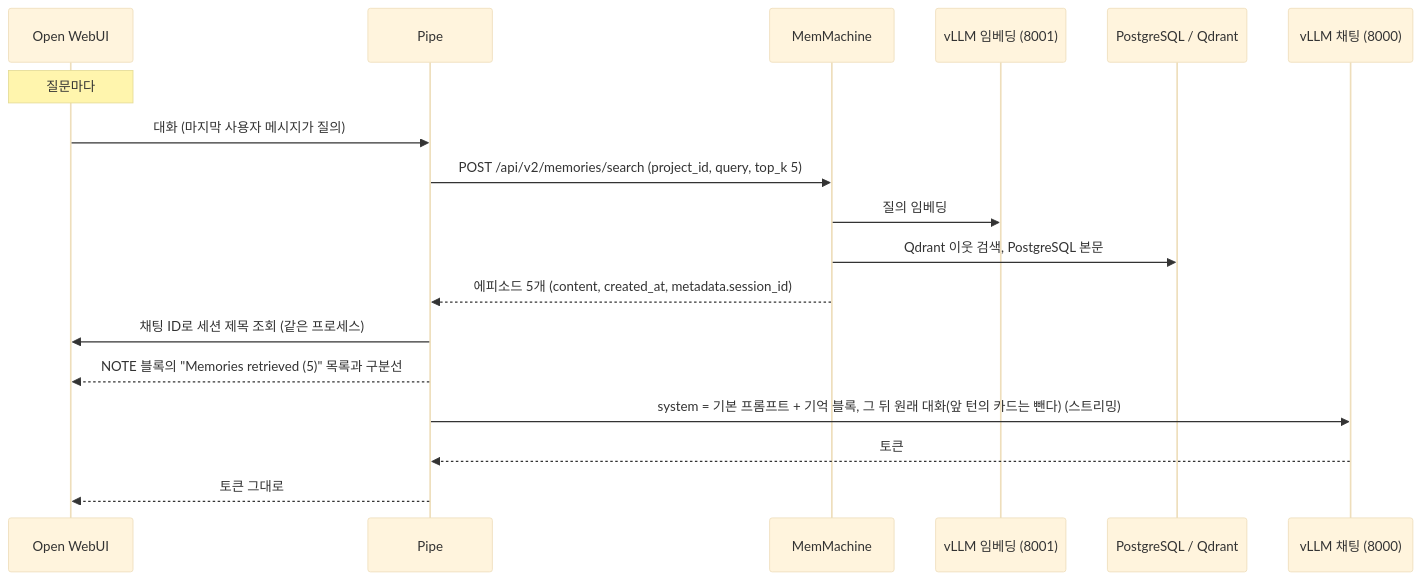
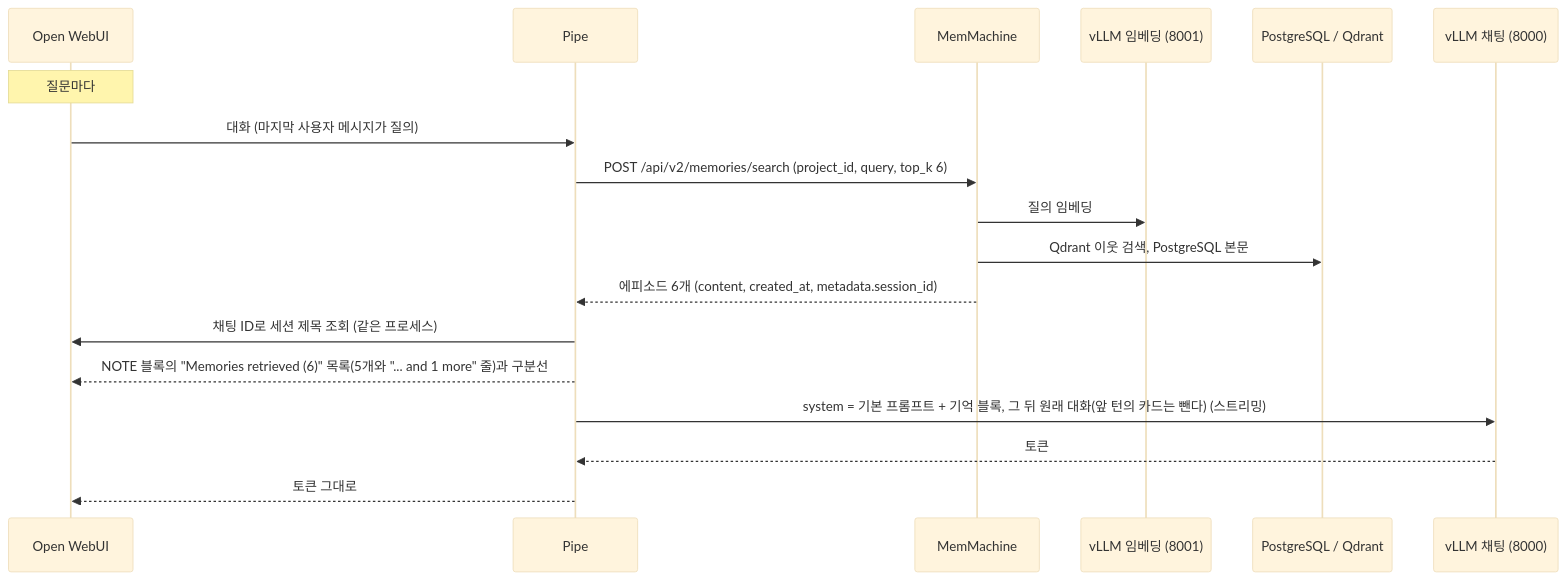
One commit to taejin-oh/MemMachine changed the fifth of 5 diagrams in docs/msr/ces2027_demo/architecture_2026-10-27.md. Above: the diagram before and after it, drawn with Mermaid (base theme). The commit also changed other lines of this file and 7 other files, not shown here.

````diff
--- a/docs/msr/ces2027_demo/architecture_2026-10-27.md
+++ b/docs/msr/ces2027_demo/architecture_2026-10-27.md
@@ -266,20 +266,20 @@
 ```mermaid
 sequenceDiagram
     participant W as Open WebUI
     participant P as Pipe
     participant M as MemMachine
     participant E as vLLM 임베딩 (8001)
     participant D as PostgreSQL / Qdrant
     participant L as vLLM 채팅 (8000)
     Note over W: 질문마다
     W->>P: 대화 (마지막 사용자 메시지가 질의)
-    P->>M: POST /api/v2/memories/search (project_id, query, top_k 5)
+    P->>M: POST /api/v2/memories/search (project_id, query, top_k 6)
     M->>E: 질의 임베딩
     M->>D: Qdrant 이웃 검색, PostgreSQL 본문
-    M-->>P: 에피소드 5개 (content, created_at, metadata.session_id)
+    M-->>P: 에피소드 6개 (content, created_at, metadata.session_id)
     P->>W: 채팅 ID로 세션 제목 조회 (같은 프로세스)
-    P-->>W: NOTE 블록의 "Memories retrieved (5)" 목록과 구분선
+    P-->>W: NOTE 블록의 "Memories retrieved (6)" 목록(5개와 "... and 1 more" 줄)과 구분선
     P->>L: system = 기본 프롬프트 + 기억 블록, 그 뒤 원래 대화(앞 턴의 카드는 뺀다) (스트리밍)
     L-->>P: 토큰
     P-->>W: 토큰 그대로
 ```
````
